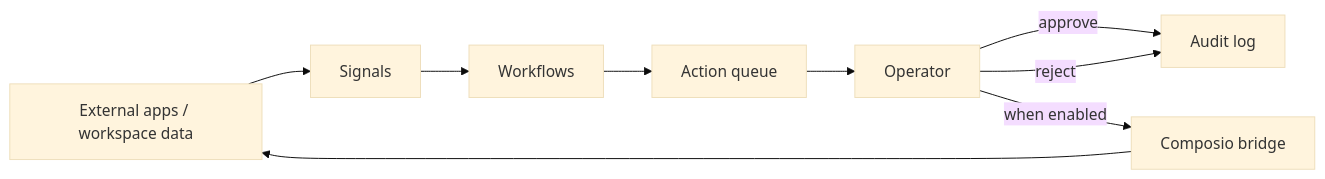
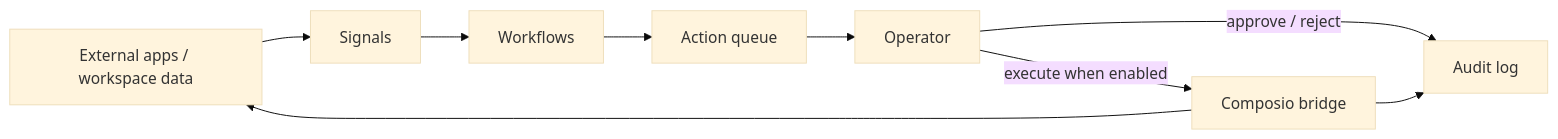
Before and after one commit to nicoware-dev/hbo-plugin: the diagram in apps/docs/docs/how-it-works.md, drawn with Mermaid (base theme). The commit also changed other lines of this file and 7 other files, not shown here.

````diff
--- a/apps/docs/docs/how-it-works.md
+++ b/apps/docs/docs/how-it-works.md
@@ -12,19 +14,19 @@
 ```mermaid
 flowchart LR
   EXT[External apps / workspace data]
   SIG[Signals]
   WF[Workflows]
   ACT[Action queue]
   OP[Operator]
   AUD[Audit log]
   BR[Composio bridge]
 
   EXT --> SIG
   SIG --> WF
   WF --> ACT
   ACT --> OP
-  OP -->|approve| AUD
-  OP -->|reject| AUD
-  OP -->|when enabled| BR
+  OP -->|approve / reject| AUD
+  OP -->|execute when enabled| BR
   BR --> EXT
+  BR --> AUD
 ```
````
